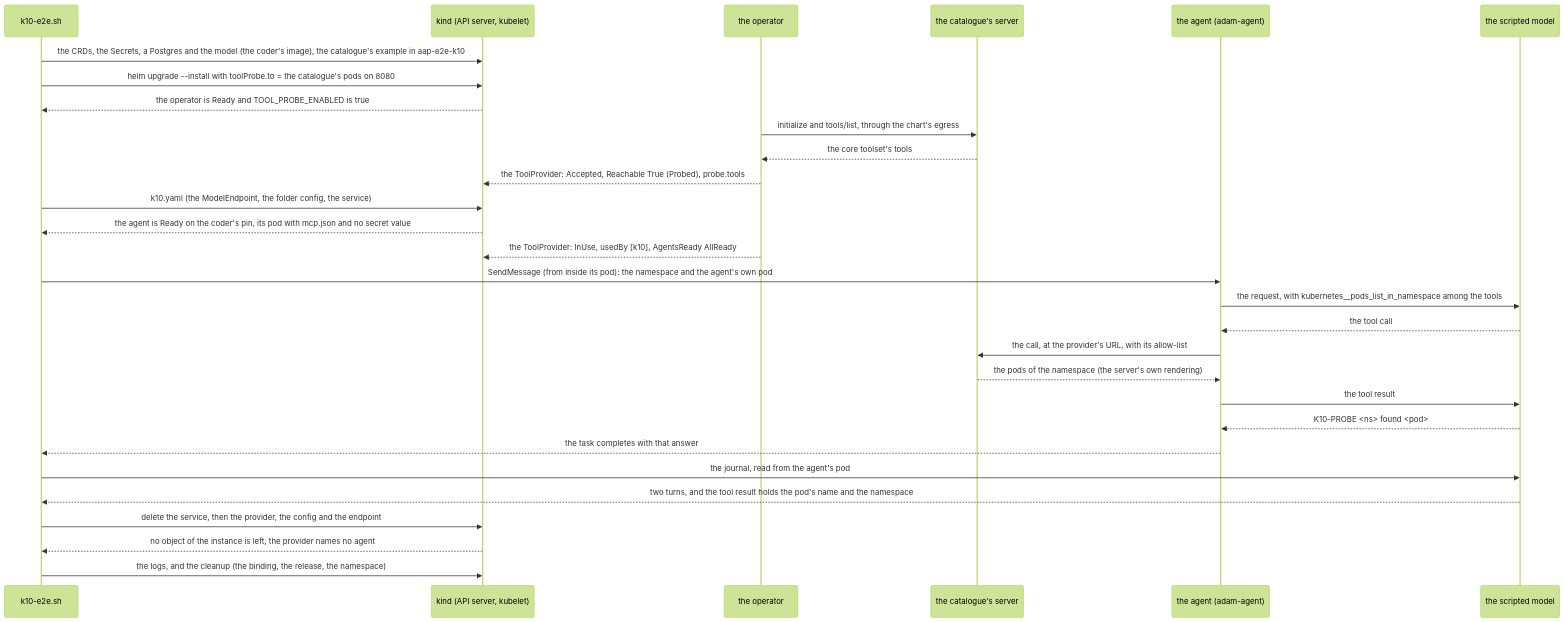
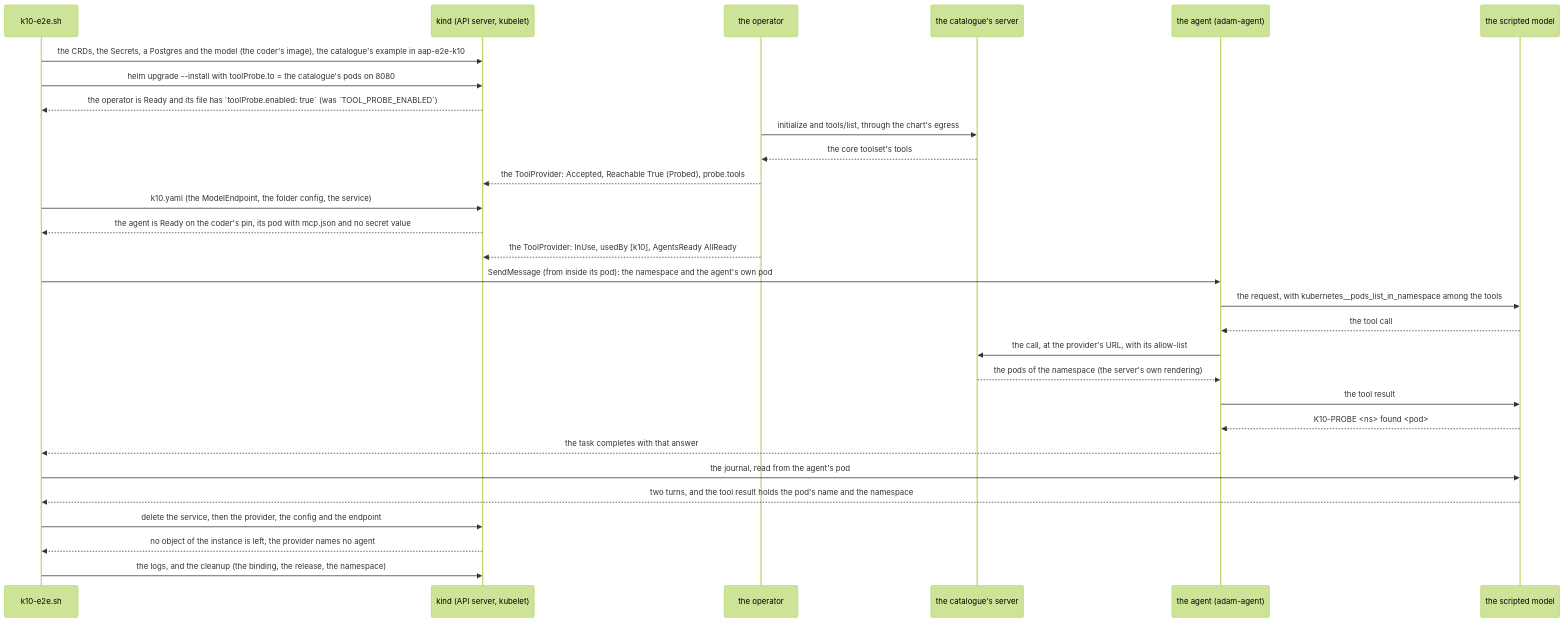
One commit to vymalo/another-agentic-platform changed the ninth of 14 diagrams in deploy/operator/tests/e2e/README.md. Above: the diagram before and after it, drawn with Mermaid (forest theme). The commit also changed other lines of this file and 7 other files, not shown here.

````diff
--- a/deploy/operator/tests/e2e/README.md
+++ b/deploy/operator/tests/e2e/README.md
@@ -582,32 +582,32 @@
 ```mermaid
 sequenceDiagram
     participant J as k10-e2e.sh
     participant K as kind (API server, kubelet)
     participant O as the operator
     participant S as the catalogue's server
     participant A as the agent (adam-agent)
     participant M as the scripted model
 
     J->>K: the CRDs, the Secrets, a Postgres and the model (the coder's image), the catalogue's example in aap-e2e-k10
     J->>K: helm upgrade --install with toolProbe.to = the catalogue's pods on 8080
-    K-->>J: the operator is Ready and TOOL_PROBE_ENABLED is true
+    K-->>J: the operator is Ready and its file has `toolProbe.enabled: true` (was `TOOL_PROBE_ENABLED`)
     O->>S: initialize and tools/list, through the chart's egress
     S-->>O: the core toolset's tools
     O-->>K: the ToolProvider: Accepted, Reachable True (Probed), probe.tools
     J->>K: k10.yaml (the ModelEndpoint, the folder config, the service)
     K-->>J: the agent is Ready on the coder's pin, its pod with mcp.json and no secret value
     O-->>K: the ToolProvider: InUse, usedBy [k10], AgentsReady AllReady
     J->>A: SendMessage (from inside its pod): the namespace and the agent's own pod
     A->>M: the request, with kubernetes__pods_list_in_namespace among the tools
     M-->>A: the tool call
     A->>S: the call, at the provider's URL, with its allow-list
     S-->>A: the pods of the namespace (the server's own rendering)
     A->>M: the tool result
     M-->>A: K10-PROBE <ns> found <pod>
     A-->>J: the task completes with that answer
     J->>M: the journal, read from the agent's pod
     M-->>J: two turns, and the tool result holds the pod's name and the namespace
     J->>K: delete the service, then the provider, the config and the endpoint
     K-->>J: no object of the instance is left, the provider names no agent
     J->>K: the logs, and the cleanup (the binding, the release, the namespace)
 ```
````
